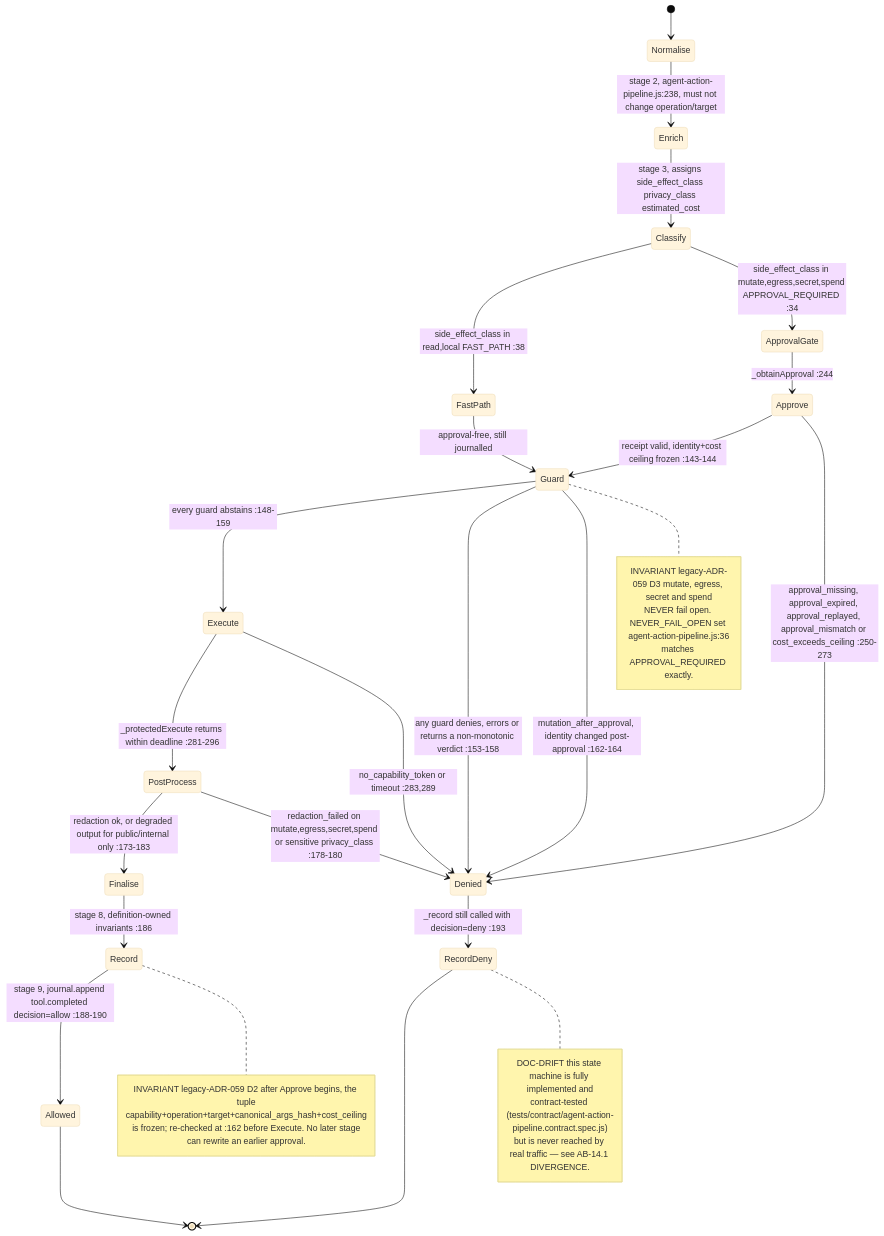
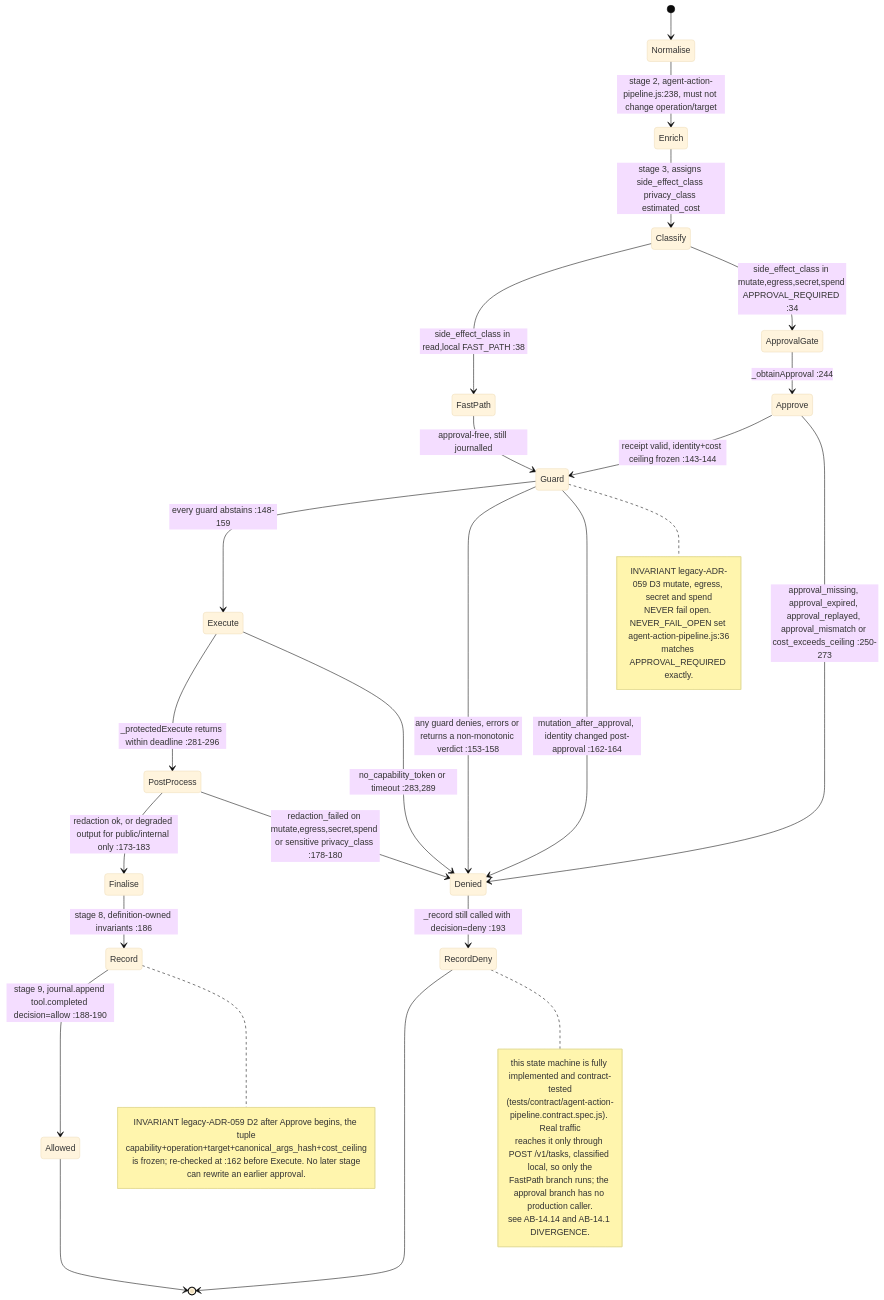
Before and after one commit to DreamLab-AI/VisionFlow: the second of 15 diagrams in docs/diagrams/agentbox/14-governance-journal-actions-approvals.md, drawn with Mermaid (base theme). The commit also changed other lines of this file and 173 other files, not shown here.

````diff
--- a/docs/diagrams/agentbox/14-governance-journal-actions-approvals.md
+++ b/docs/diagrams/agentbox/14-governance-journal-actions-approvals.md
@@ -126,41 +126,43 @@
 ```mermaid
 stateDiagram-v2
     [*] --> Normalise
     Normalise --> Enrich : stage 2, agent-action-pipeline.js:238, must not change operation/target
     Enrich --> Classify : stage 3, assigns side_effect_class privacy_class estimated_cost
     Classify --> FastPath : side_effect_class in read,local FAST_PATH :38
     Classify --> ApprovalGate : side_effect_class in mutate,egress,secret,spend APPROVAL_REQUIRED :34
     FastPath --> Guard : approval-free, still journalled
     ApprovalGate --> Approve : _obtainApproval :244
     Approve --> Guard : receipt valid, identity+cost ceiling frozen :143-144
     Approve --> Denied : approval_missing, approval_expired, approval_replayed, approval_mismatch or cost_exceeds_ceiling :250-273
     Guard --> Execute : every guard abstains :148-159
     Guard --> Denied : any guard denies, errors or returns a non-monotonic verdict :153-158
     Guard --> Denied : mutation_after_approval, identity changed post-approval :162-164
     Execute --> PostProcess : _protectedExecute returns within deadline :281-296
     Execute --> Denied : no_capability_token or timeout :283,289
     PostProcess --> Finalise : redaction ok, or degraded output for public/internal only :173-183
     PostProcess --> Denied : redaction_failed on mutate,egress,secret,spend or sensitive privacy_class :178-180
     Finalise --> Record : stage 8, definition-owned invariants :186
     Record --> Allowed : stage 9, journal.append tool.completed decision=allow :188-190
     Denied --> RecordDeny : _record still called with decision=deny :193
     RecordDeny --> [*]
     Allowed --> [*]
 
     note right of Guard
         INVARIANT legacy-ADR-059 D3 mutate, egress, secret and spend
         NEVER fail open. NEVER_FAIL_OPEN set agent-action-pipeline.js:36
         matches APPROVAL_REQUIRED exactly.
     end note
     note right of Record
         INVARIANT legacy-ADR-059 D2 after Approve begins, the tuple
         capability+operation+target+canonical_args_hash+cost_ceiling
         is frozen; re-checked at :162 before Execute. No later stage
         can rewrite an earlier approval.
     end note
     note right of RecordDeny
-        DOC-DRIFT this state machine is fully implemented and
-        contract-tested (tests/contract/agent-action-pipeline.contract.spec.js)
-        but is never reached by real traffic — see AB-14.1 DIVERGENCE.
+        this state machine is fully implemented and contract-tested
+        (tests/contract/agent-action-pipeline.contract.spec.js). Real traffic
+        reaches it only through POST /v1/tasks, classified local, so only the
+        FastPath branch runs; the approval branch has no production caller.
+        see AB-14.14 and AB-14.1 DIVERGENCE.
     end note
 ```
````
